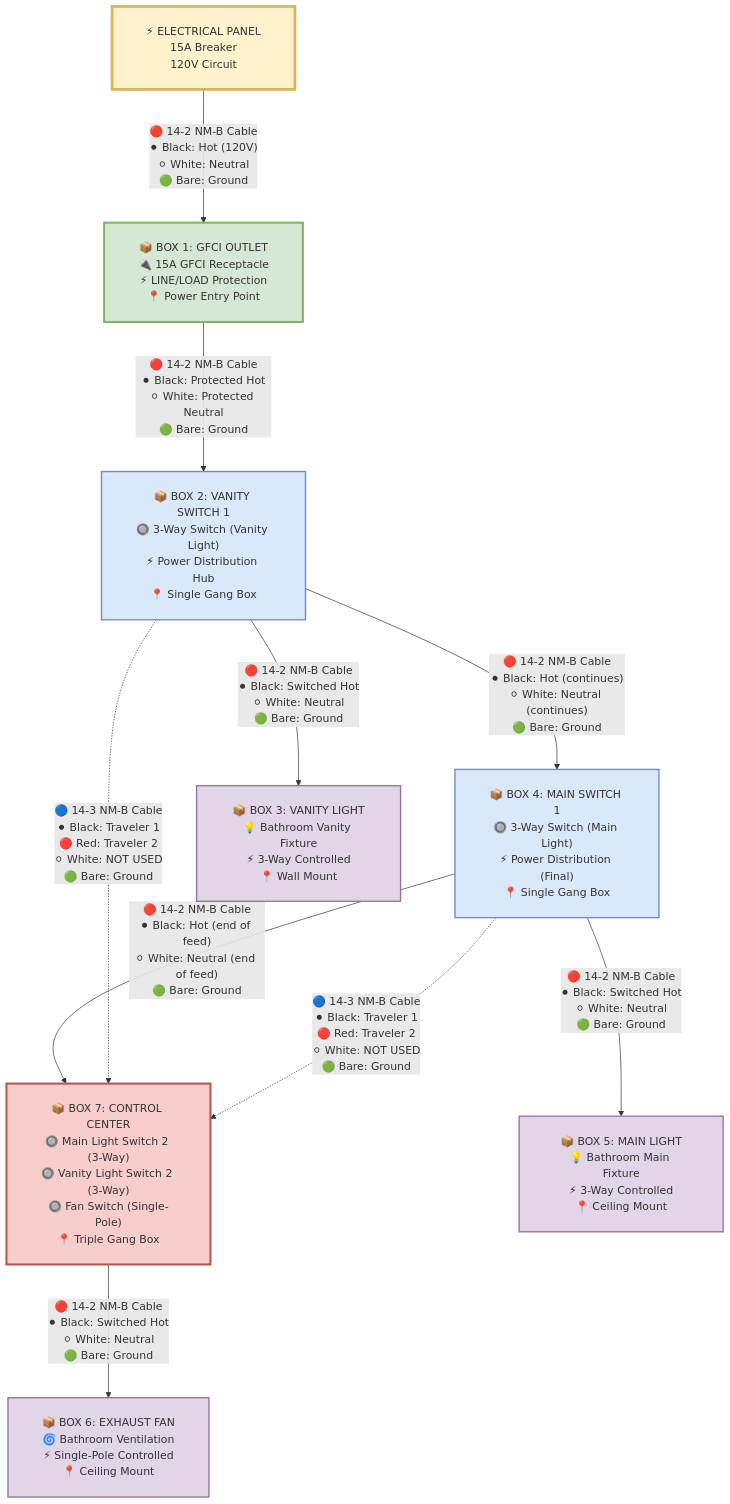
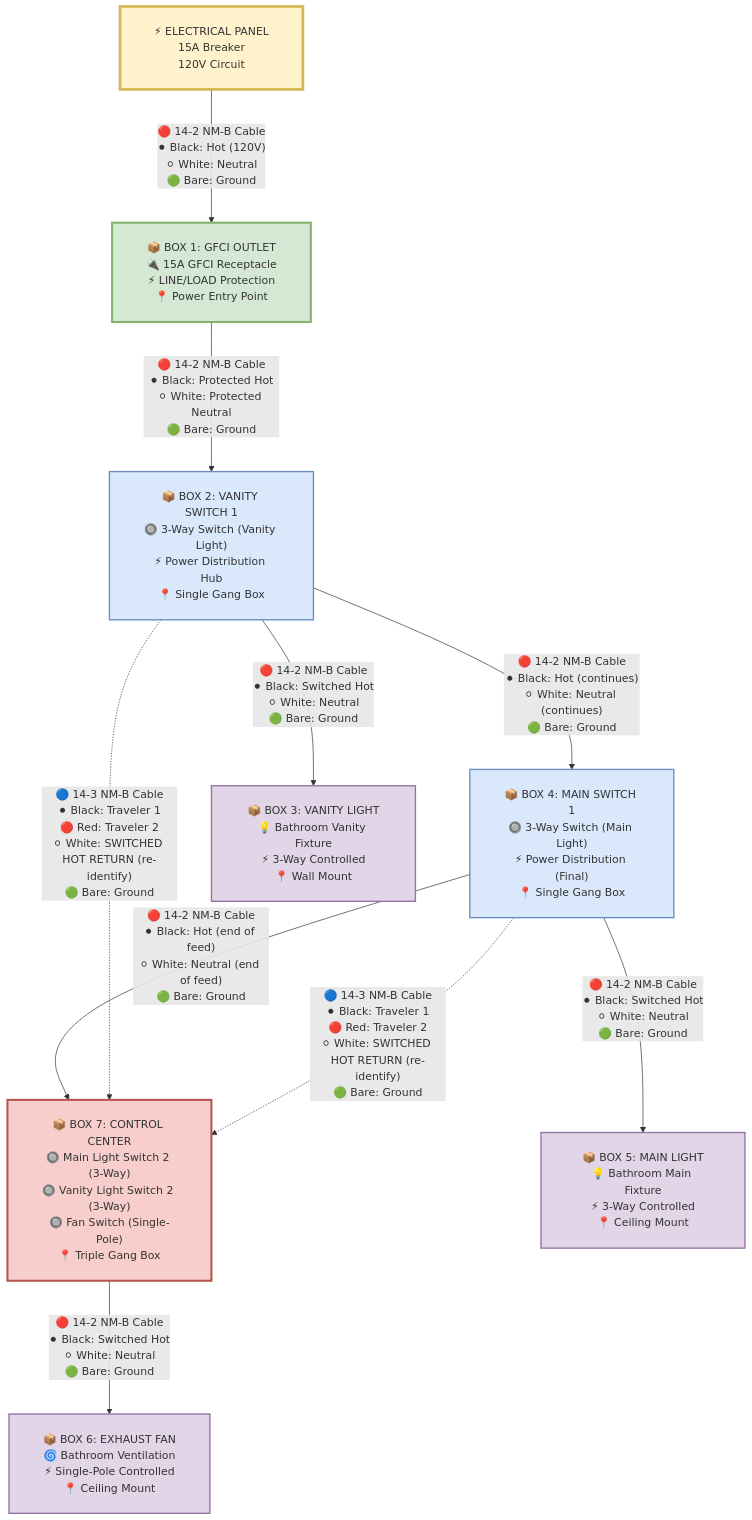
Before and after one commit to ticklemycode/electrical-wiring: the diagram in diagrams/linear-design-mermaid.md, drawn with Mermaid. The commit also changed other lines of this file and 2 other files, not shown here.

````diff
--- a/diagrams/linear-design-mermaid.md
+++ b/diagrams/linear-design-mermaid.md
@@ -15,60 +15,60 @@
 ```mermaid
 %%{init: {'theme':'default', 'flowchart': {'nodeSpacing': 80, 'rankSpacing': 100, 'padding': 25}}}%%
 flowchart TD
     %% POWER SOURCE
     Panel["⚡ ELECTRICAL PANEL<br/>15A Breaker<br/>120V Circuit"]
     
     %% MAIN POWER FEED
     Panel -->|"🔴 14-2 NM-B Cable<br/>⚫ Black: Hot (120V)<br/>⚪ White: Neutral<br/>🟢 Bare: Ground"| GFCI
     
     %% BOX 1: GFCI OUTLET
     GFCI["📦 BOX 1: GFCI OUTLET<br/>🔌 15A GFCI Receptacle<br/>⚡ LINE/LOAD Protection<br/>📍 Power Entry Point"]
     
     %% LINEAR POWER FEED CHAIN
     GFCI -->|"🔴 14-2 NM-B Cable<br/>⚫ Black: Protected Hot<br/>⚪ White: Protected Neutral<br/>🟢 Bare: Ground"| VanityBox2
     
     %% BOX 2: VANITY SWITCH 1 + POWER DISTRIBUTION
     VanityBox2["📦 BOX 2: VANITY SWITCH 1<br/>🔘 3-Way Switch (Vanity Light)<br/>⚡ Power Distribution Hub<br/>📍 Single Gang Box"]
     
     VanityBox2 -->|"🔴 14-2 NM-B Cable<br/>⚫ Black: Hot (continues)<br/>⚪ White: Neutral (continues)<br/>🟢 Bare: Ground"| MainBox4
     
     %% BOX 4: MAIN SWITCH 1 + POWER DISTRIBUTION  
     MainBox4["📦 BOX 4: MAIN SWITCH 1<br/>🔘 3-Way Switch (Main Light)<br/>⚡ Power Distribution (Final)<br/>📍 Single Gang Box"]
     
     MainBox4 -->|"🔴 14-2 NM-B Cable<br/>⚫ Black: Hot (end of feed)<br/>⚪ White: Neutral (end of feed)<br/>🟢 Bare: Ground"| ControlBox7
     
     %% BOX 7: CONTROL CENTER (END OF FEED)
     ControlBox7["📦 BOX 7: CONTROL CENTER<br/>🔘 Main Light Switch 2 (3-Way)<br/>🔘 Vanity Light Switch 2 (3-Way)<br/>🔘 Fan Switch (Single-Pole)<br/>📍 Triple Gang Box"]
     
     %% 3-WAY CONTROL CABLES (TRAVELERS)
-    VanityBox2 -.->|"🔵 14-3 NM-B Cable<br/>⚫ Black: Traveler 1<br/>🔴 Red: Traveler 2<br/>⚪ White: NOT USED<br/>🟢 Bare: Ground"| ControlBox7
+    VanityBox2 -.->|"🔵 14-3 NM-B Cable<br/>⚫ Black: Traveler 1<br/>🔴 Red: Traveler 2<br/>⚪ White: SWITCHED HOT RETURN (re-identify)<br/>🟢 Bare: Ground"| ControlBox7
     
-    MainBox4 -.->|"🔵 14-3 NM-B Cable<br/>⚫ Black: Traveler 1<br/>🔴 Red: Traveler 2<br/>⚪ White: NOT USED<br/>🟢 Bare: Ground"| ControlBox7
+    MainBox4 -.->|"🔵 14-3 NM-B Cable<br/>⚫ Black: Traveler 1<br/>🔴 Red: Traveler 2<br/>⚪ White: SWITCHED HOT RETURN (re-identify)<br/>🟢 Bare: Ground"| ControlBox7
     
     %% FIXTURE CONNECTIONS
     VanityBox2 -->|"🔴 14-2 NM-B Cable<br/>⚫ Black: Switched Hot<br/>⚪ White: Neutral<br/>🟢 Bare: Ground"| VanityFixture
     
     MainBox4 -->|"🔴 14-2 NM-B Cable<br/>⚫ Black: Switched Hot<br/>⚪ White: Neutral<br/>🟢 Bare: Ground"| MainFixture
     
     ControlBox7 -->|"🔴 14-2 NM-B Cable<br/>⚫ Black: Switched Hot<br/>⚪ White: Neutral<br/>🟢 Bare: Ground"| FanFixture
     
     %% FIXTURES
     VanityFixture["📦 BOX 3: VANITY LIGHT<br/>💡 Bathroom Vanity Fixture<br/>⚡ 3-Way Controlled<br/>📍 Wall Mount"]
     
     MainFixture["📦 BOX 5: MAIN LIGHT<br/>💡 Bathroom Main Fixture<br/>⚡ 3-Way Controlled<br/>📍 Ceiling Mount"]
     
     FanFixture["📦 BOX 6: EXHAUST FAN<br/>🌀 Bathroom Ventilation<br/>⚡ Single-Pole Controlled<br/>📍 Ceiling Mount"]
 
     %% STYLING
     classDef source fill:#fff2cc,stroke:#d6b656,stroke-width:4px
     classDef gfci fill:#d5e8d4,stroke:#82b366,stroke-width:3px
     classDef switch fill:#dae8fc,stroke:#6c8ebf,stroke-width:2px
     classDef control fill:#f8cecc,stroke:#b85450,stroke-width:3px
     classDef fixture fill:#e1d5e7,stroke:#9673a6,stroke-width:2px
 
     class Panel source
     class GFCI gfci
     class VanityBox2,MainBox4 switch
     class ControlBox7 control
     class VanityFixture,MainFixture,FanFixture fixture
 ```
````
